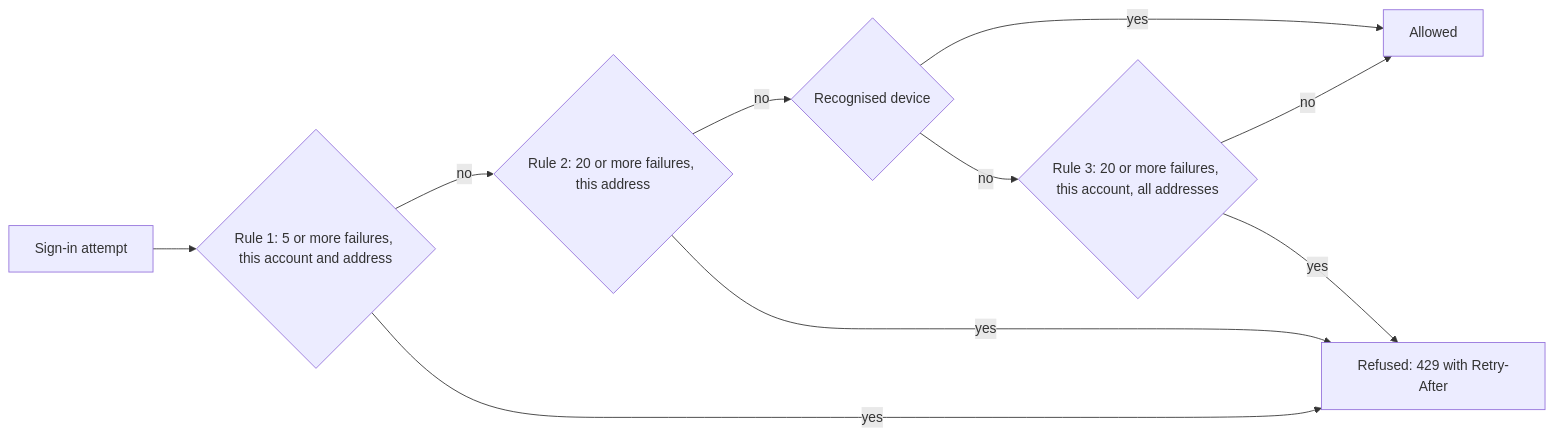
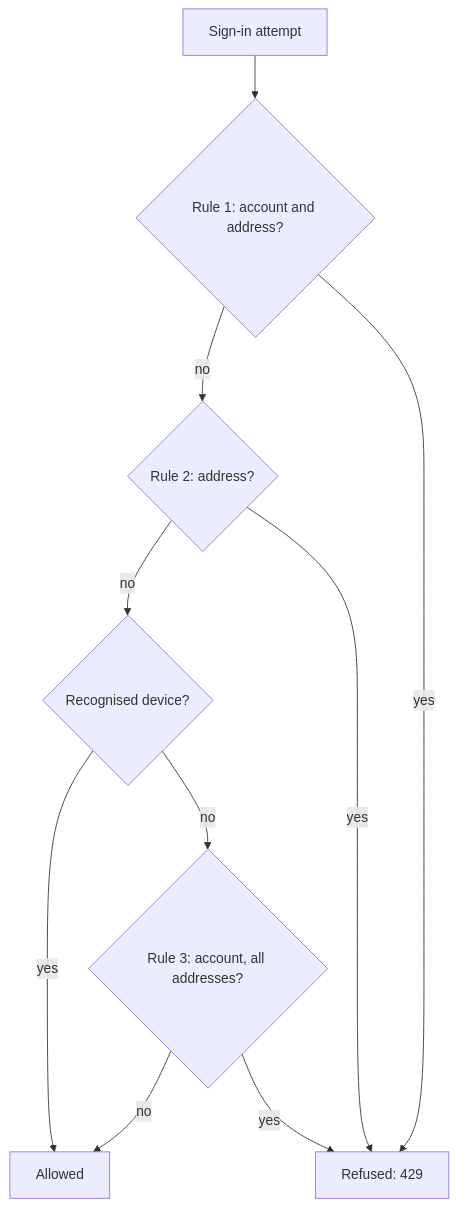
The first of 2 diagrams in book/part-2-backend/16-spring-security-defenses.md (Sriram-Codes-SW/secure-doc-viewer), drawn with Mermaid before and after one commit. The commit also changed other lines of this file and 31 other files, not shown here.

Commit message:
Book: interior layout design, diagram restructuring for print size, mermaid config, measure helper

````diff
--- a/book/part-2-backend/16-spring-security-defenses.md
+++ b/book/part-2-backend/16-spring-security-defenses.md
@@ -227,12 +227,12 @@
 ```mermaid
-flowchart LR
-    A["Sign-in attempt"] --> B{"Rule 1: 5 or more failures, this account and address"}
-    B -- "no" --> C{"Rule 2: 20 or more failures, this address"}
-    C -- "no" --> D{"Recognised device"}
-    D -- "no" --> E{"Rule 3: 20 or more failures, this account, all addresses"}
+flowchart TB
+    A["Sign-in attempt"] --> B{"Rule 1: account and address?"}
+    B -- "no" --> C{"Rule 2: address?"}
+    C -- "no" --> D{"Recognised device?"}
+    D -- "no" --> E{"Rule 3: account, all addresses?"}
     E -- "no" --> OK["Allowed"]
     D -- "yes" --> OK
-    B -- "yes" --> R["Refused: 429 with Retry-After"]
+    B -- "yes" --> R["Refused: 429"]
     C -- "yes" --> R
     E -- "yes" --> R
 ```
````
